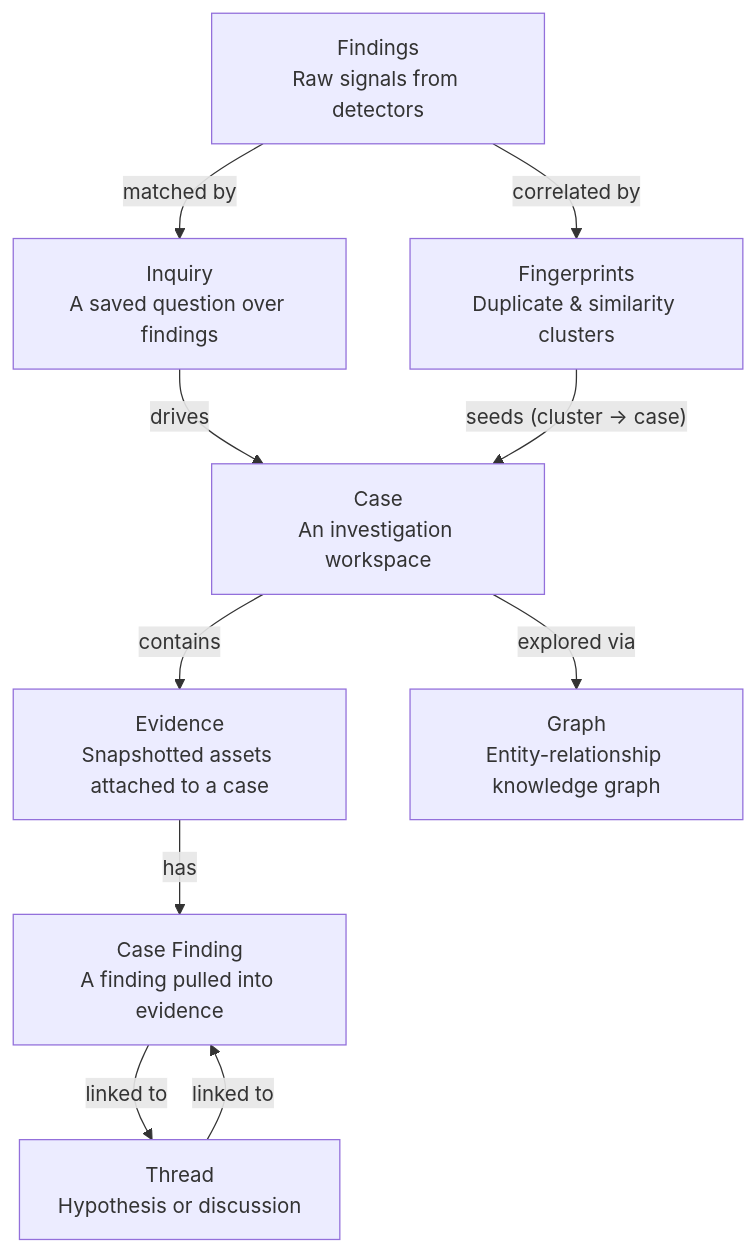
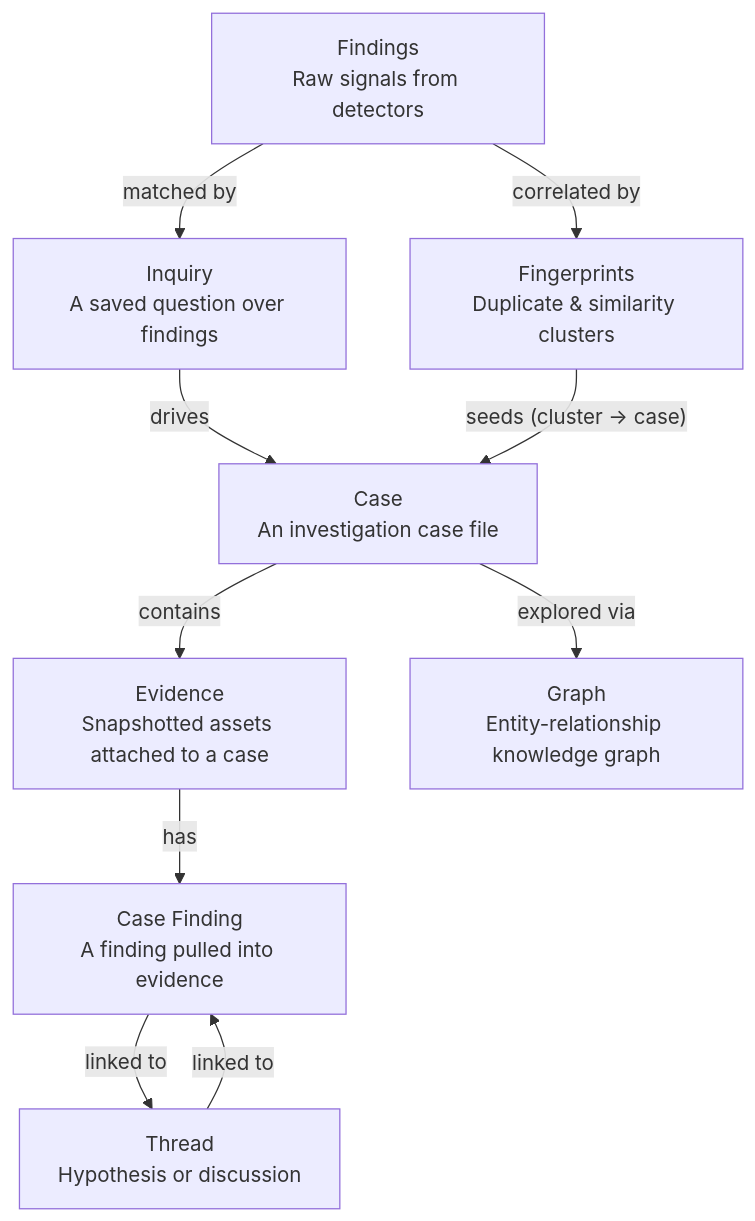
Before and after one commit to classifyre/classifyre: the second of 3 diagrams in apps/docs/app/investigations/page.mdx, drawn with Mermaid. The commit also changed other lines of this file and 20 other files, not shown here.

````diff
--- a/apps/docs/app/investigations/page.mdx
+++ b/apps/docs/app/investigations/page.mdx
@@ -72,21 +72,21 @@
 ```mermaid
 graph TD
     Findings["Findings<br/>Raw signals from detectors"]
     Inquiry["Inquiry<br/>A saved question over findings"]
     FP["Fingerprints<br/>Duplicate & similarity clusters"]
-    Case["Case<br/>An investigation workspace"]
+    Case["Case<br/>An investigation case file"]
     Evidence["Evidence<br/>Snapshotted assets attached to a case"]
     CaseFinding["Case Finding<br/>A finding pulled into evidence"]
     Thread["Thread<br/>Hypothesis or discussion"]
     Graph["Graph<br/>Entity-relationship knowledge graph"]
 
     Findings -- "matched by" --> Inquiry
     Findings -- "correlated by" --> FP
     Inquiry -- "drives" --> Case
     FP -- "seeds (cluster → case)" --> Case
     Case -- "contains" --> Evidence
     Evidence -- "has" --> CaseFinding
     CaseFinding -- "linked to" --> Thread
     Case -- "explored via" --> Graph
     Thread -- "linked to" --> CaseFinding
 ```
````
